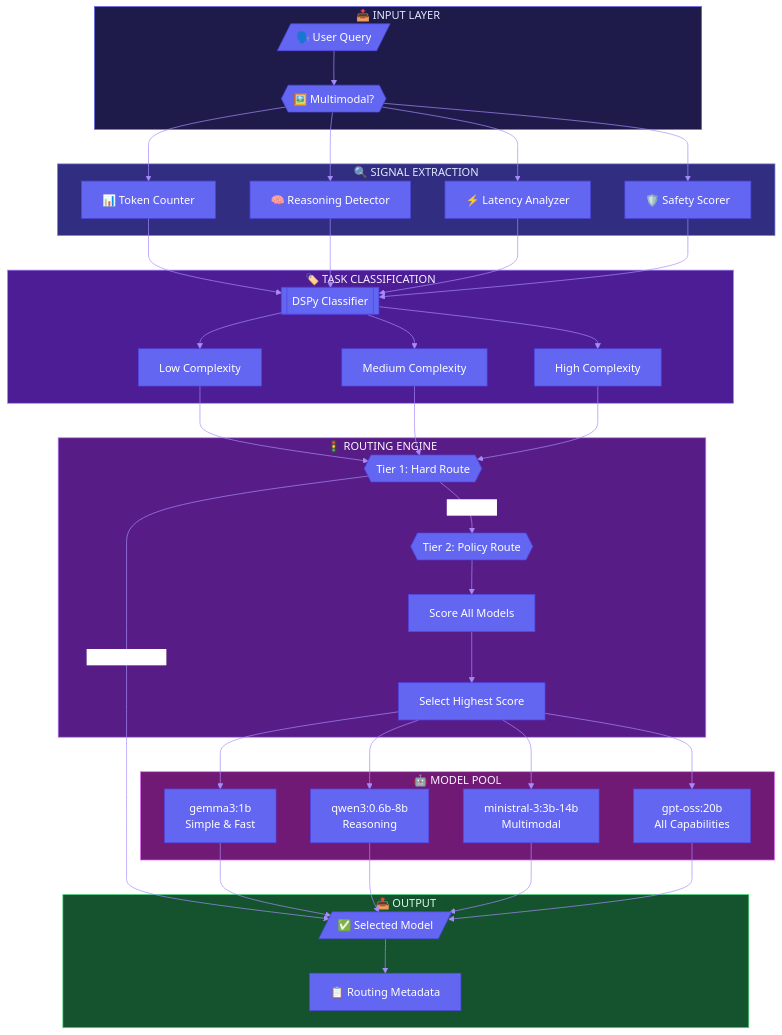
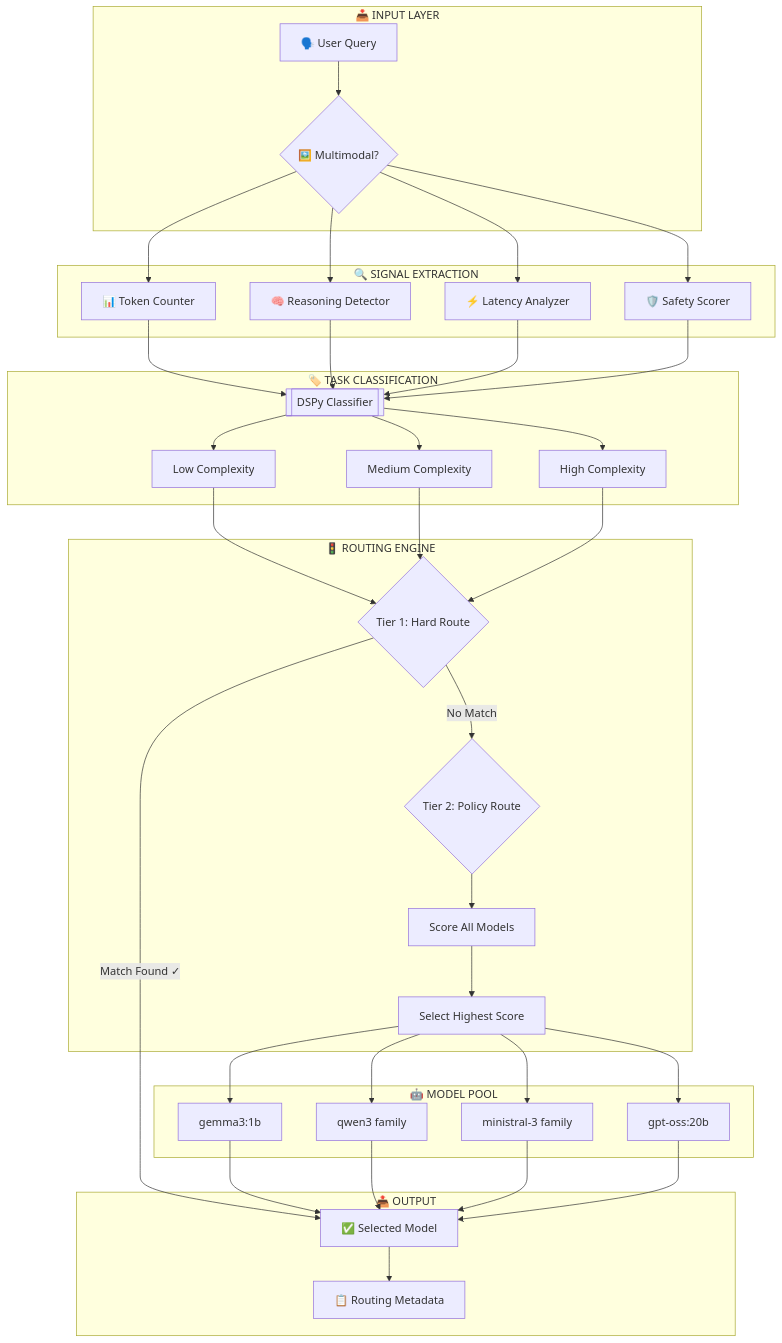
The first of 3 diagrams in README.md (adityasasidhar/Llm_router), drawn with Mermaid before and after one commit. The commit also changed other lines of this file, not shown here.

Commit message:
Fix mermaid diagram syntax

````diff
--- a/README.md
+++ b/README.md
@@ -19,66 +19,74 @@
 ```mermaid
-%%{init: {'theme': 'base', 'themeVariables': { 'primaryColor': '#6366f1', 'primaryTextColor': '#fff', 'primaryBorderColor': '#4f46e5', 'lineColor': '#a78bfa', 'secondaryColor': '#f0abfc', 'tertiaryColor': '#fef3c7', 'edgeLabelBackground':'#fff'}}}%%
 flowchart TD
     subgraph Input["📥 INPUT LAYER"]
-        A[/"🗣️ User Query"/]
-        M{{"🖼️ Multimodal?"}}
+        A["🗣️ User Query"]
+        M{"🖼️ Multimodal?"}
     end
 
     subgraph Signal["🔍 SIGNAL EXTRACTION"]
         B["📊 Token Counter"]
         C["🧠 Reasoning Detector"]
         D["⚡ Latency Analyzer"]
         E["🛡️ Safety Scorer"]
     end
 
     subgraph Classification["🏷️ TASK CLASSIFICATION"]
         F[["DSPy Classifier"]]
         G["Low Complexity"]
         H["Medium Complexity"]  
         I["High Complexity"]
     end
 
     subgraph Routing["🚦 ROUTING ENGINE"]
-        J{{"Tier 1: Hard Route"}}
-        K{{"Tier 2: Policy Route"}}
+        J{"Tier 1: Hard Route"}
+        K{"Tier 2: Policy Route"}
         L["Score All Models"]
         N["Select Highest Score"]
     end
 
     subgraph Models["🤖 MODEL POOL"]
-        O["gemma3:1b<br/>Simple & Fast"]
-        P["qwen3:0.6b-8b<br/>Reasoning"]
-        Q["ministral-3:3b-14b<br/>Multimodal"]
-        R["gpt-oss:20b<br/>All Capabilities"]
+        O["gemma3:1b"]
+        P["qwen3 family"]
+        Q["ministral-3 family"]
+        R["gpt-oss:20b"]
     end
 
     subgraph Output["📤 OUTPUT"]
-        S[/"✅ Selected Model"/]
+        S["✅ Selected Model"]
         T["📋 Routing Metadata"]
     end
 
     A --> M
-    M --> B & C & D & E
+    M --> B
+    M --> C
+    M --> D
+    M --> E
     
-    B & C & D & E --> F
+    B --> F
+    C --> F
+    D --> F
+    E --> F
     
-    F --> G & H & I
+    F --> G
+    F --> H
+    F --> I
     
-    G & H & I --> J
+    G --> J
+    H --> J
+    I --> J
     
     J -->|"Match Found ✓"| S
     J -->|"No Match"| K
     
     K --> L
     L --> N
-    N --> O & P & Q & R
-    O & P & Q & R --> S
+    N --> O
+    N --> P
+    N --> Q
+    N --> R
+    O --> S
+    P --> S
+    Q --> S
+    R --> S
     S --> T
-
-    style Input fill:#1e1b4b,stroke:#6366f1,color:#e0e7ff
-    style Signal fill:#312e81,stroke:#818cf8,color:#e0e7ff
-    style Classification fill:#4c1d95,stroke:#a78bfa,color:#f5f3ff
-    style Routing fill:#581c87,stroke:#c084fc,color:#faf5ff
-    style Models fill:#701a75,stroke:#e879f9,color:#fdf4ff
-    style Output fill:#14532d,stroke:#4ade80,color:#dcfce7
 ```
````
